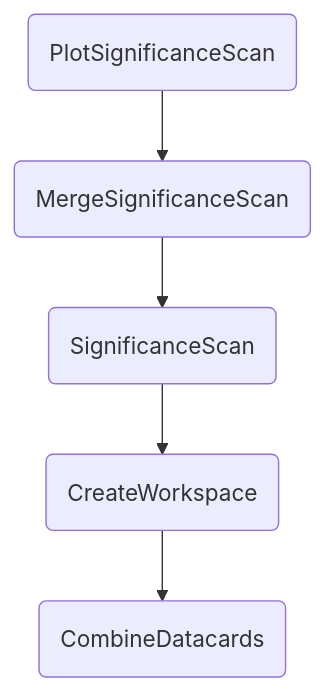
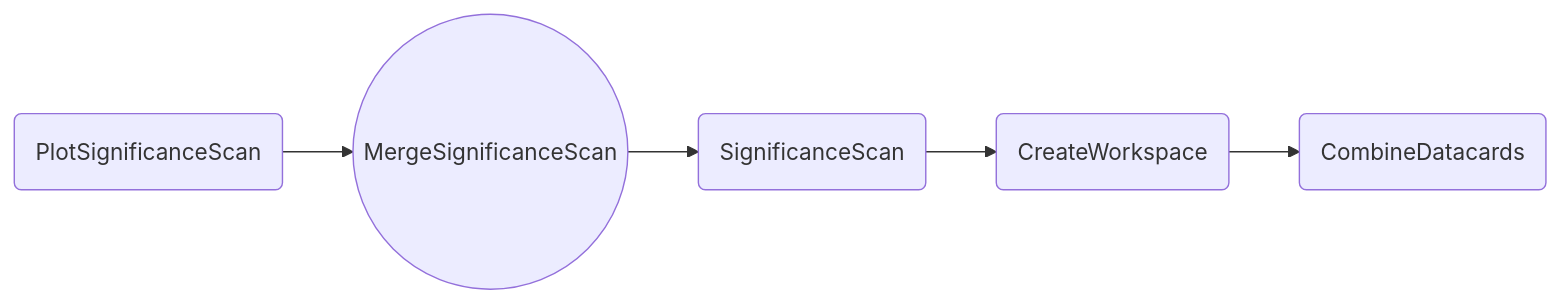
The first of 2 diagrams in docs/content/tasks/significances.md (cms-hh/inference_tools), drawn with Mermaid before and after one commit. The commit also changed other lines of this file and 26 other files, not shown here.

````diff
--- a/docs/content/tasks/significances.md
+++ b/docs/content/tasks/significances.md
@@ -16,7 +26,7 @@
-    ```mermaid
-    graph TD;
-        A(PlotSignificanceScan) --> B(MergeSignificanceScan);
-        B --> C(SignificanceScan);
-        C --> D(CreateWorkspace);
-        D --> E(CombineDatacards);
-    ```
+```mermaid
+graph LR;
+    A(PlotSignificanceScan) --> B((MergeSignificanceScan));
+    B --> C(SignificanceScan);
+    C --> D(CreateWorkspace);
+    D --> E(CombineDatacards);
+```
````
